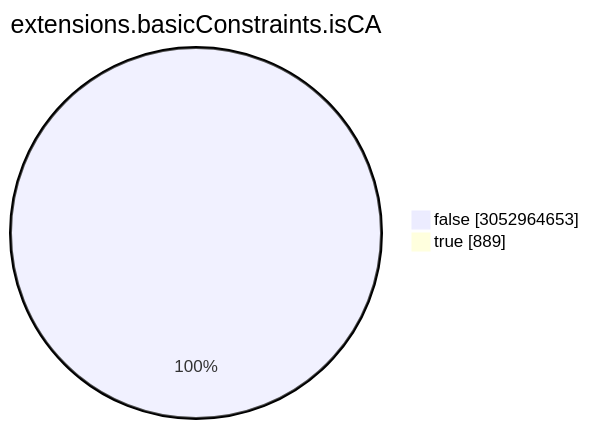
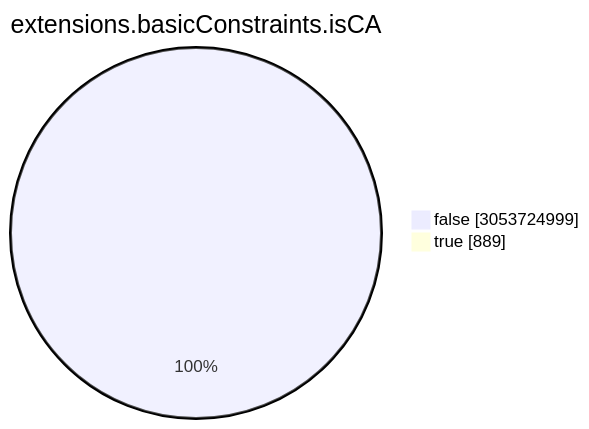
The seventh of 15 diagrams in TOTAL/README.md (christiankrug/ctmonitor_visualization), drawn with Mermaid before and after one commit. The commit also changed other lines of this file, not shown here.

````diff
--- a/TOTAL/README.md
+++ b/TOTAL/README.md
@@ -3086,6 +3086,6 @@
 ```mermaid
 pie showData
 title extensions.basicConstraints.isCA
-"false" :3052964653
+"false" :3053724999
 "true" :889
 ```
````
